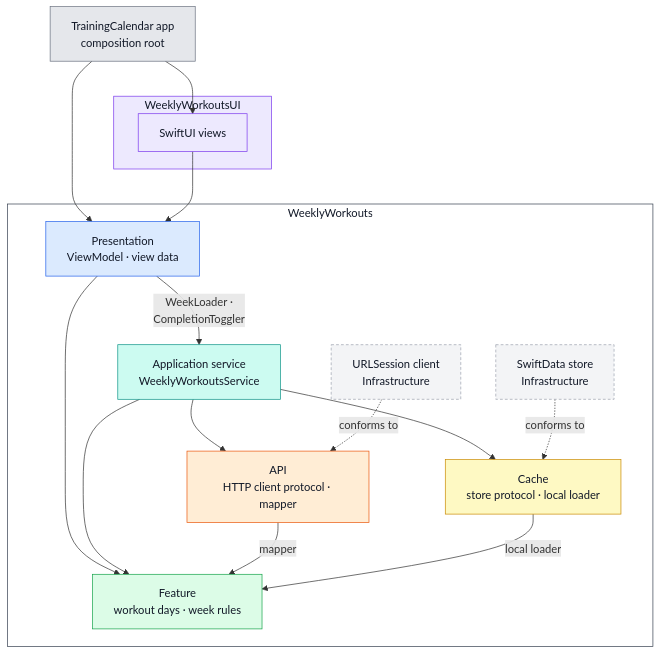
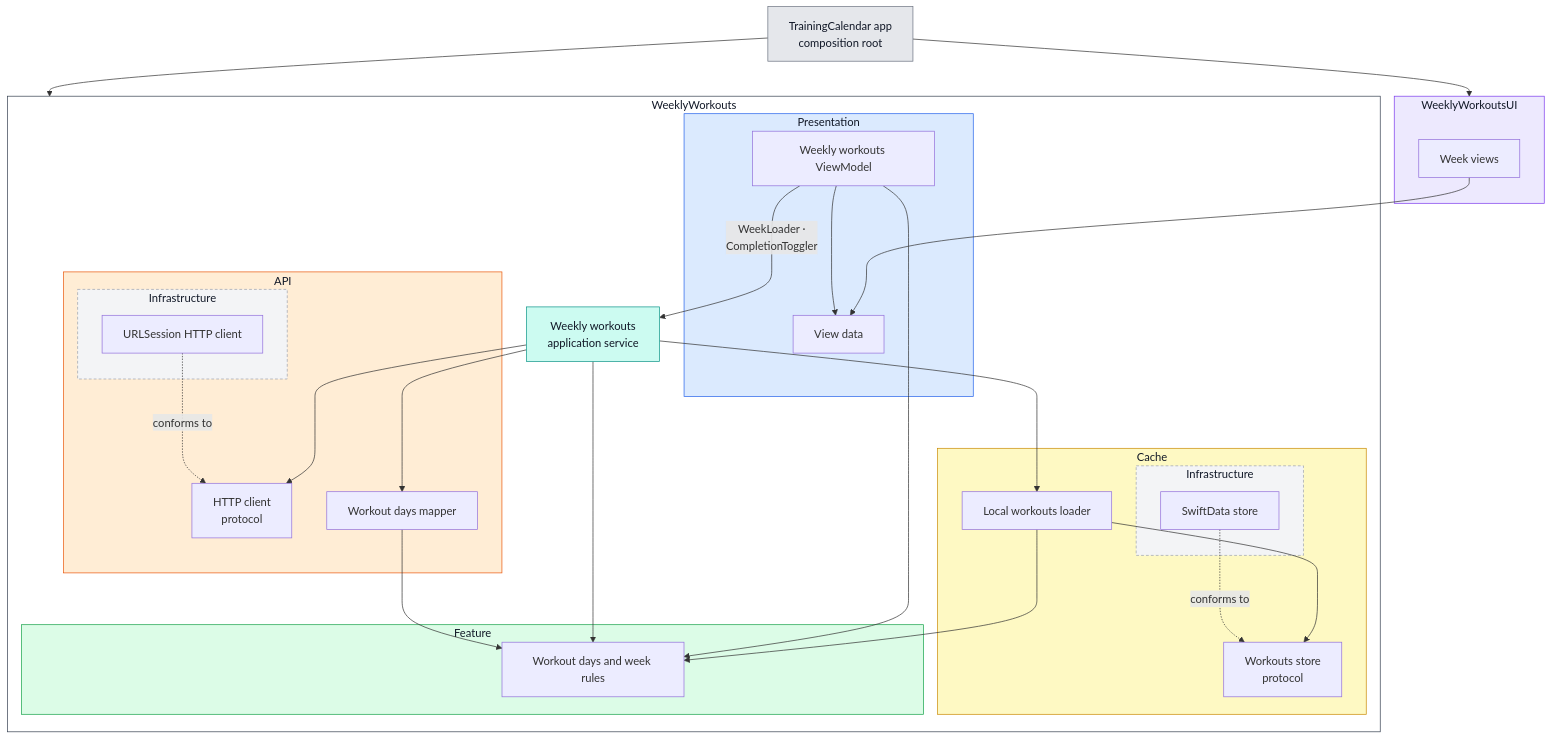
Before and after one commit to tringuyen623/training-calendar: the second of 2 diagrams in README.md, drawn with Mermaid.

Commit message:
Return to the grouped architecture diagram, adding the mapper and the local loader depending on the domain

````diff
--- a/README.md
+++ b/README.md
@@ -385,43 +385,60 @@
 ```mermaid
 graph TD
     App["TrainingCalendar app<br/>composition root"]
 
     subgraph UIModule["WeeklyWorkoutsUI"]
-        Views["SwiftUI views"]
+        Views["Week views"]
     end
 
     subgraph Package["WeeklyWorkouts"]
-        Presentation["Presentation<br/>ViewModel · view data"]
-        Service["Application service<br/>WeeklyWorkoutsService"]
-        Feature["Feature<br/>workout days · week rules"]
-        API["API<br/>HTTP client protocol · mapper"]
-        Cache["Cache<br/>store protocol · local loader"]
-        URLSession["URLSession client<br/>Infrastructure"]
-        SwiftData["SwiftData store<br/>Infrastructure"]
+        subgraph Presentation["Presentation"]
+            ViewModel["Weekly workouts ViewModel"]
+            ViewData["View data"]
+        end
+        Service["Weekly workouts<br/>application service"]
+        subgraph API["API"]
+            Client["HTTP client<br/>protocol"]
+            Mapper["Workout days mapper"]
+            subgraph APIInfra["Infrastructure"]
+                URLSession["URLSession HTTP client"]
+            end
+        end
+        subgraph Cache["Cache"]
+            Store["Workouts store<br/>protocol"]
+            Local["Local workouts loader"]
+            subgraph CacheInfra["Infrastructure"]
+                SwiftData["SwiftData store"]
+            end
+        end
+        subgraph Feature["Feature"]
+            Domain["Workout days and week rules"]
+        end
     end
 
-    App --> Views
-    App --> Presentation
-    Views --> Presentation
-    Presentation -- "WeekLoader ·<br/>CompletionToggler" --> Service
-    Presentation --> Feature
-    Service --> Feature
-    Service --> API
-    Service --> Cache
-    API -- mapper --> Feature
-    Cache -- local loader --> Feature
-    URLSession -. conforms to .-> API
-    SwiftData -. conforms to .-> Cache
+    App --> UIModule
+    App --> Package
+    Views --> ViewData
+    ViewModel --> ViewData
+    ViewModel -- "WeekLoader ·<br/>CompletionToggler" --> Service
+    ViewModel --> Domain
+    Service --> Client
+    Service --> Mapper
+    Service --> Local
+    Service --> Domain
+    Mapper --> Domain
+    Local --> Store
+    Local --> Domain
+    URLSession -. conforms to .-> Client
+    SwiftData -. conforms to .-> Store
 
     style App fill:#E5E7EB,stroke:#6B7280,color:#111827
     style UIModule fill:#EDE9FE,stroke:#7C3AED,color:#111827
-    style Views fill:#EDE9FE,stroke:#7C3AED,color:#111827
     style Package fill:#FFFFFF,stroke:#374151,color:#111827
     style Presentation fill:#DBEAFE,stroke:#2563EB,color:#111827
     style Service fill:#CCFBF1,stroke:#0D9488,color:#111827
     style Feature fill:#DCFCE7,stroke:#16A34A,color:#111827
     style API fill:#FFEDD5,stroke:#EA580C,color:#111827
     style Cache fill:#FEF9C3,stroke:#CA8A04,color:#111827
-    style URLSession fill:#F3F4F6,stroke:#9CA3AF,stroke-dasharray:4 3,color:#111827
-    style SwiftData fill:#F3F4F6,stroke:#9CA3AF,stroke-dasharray:4 3,color:#111827
+    style APIInfra fill:#F3F4F6,stroke:#9CA3AF,stroke-dasharray:4 3,color:#111827
+    style CacheInfra fill:#F3F4F6,stroke:#9CA3AF,stroke-dasharray:4 3,color:#111827
 ```
````
